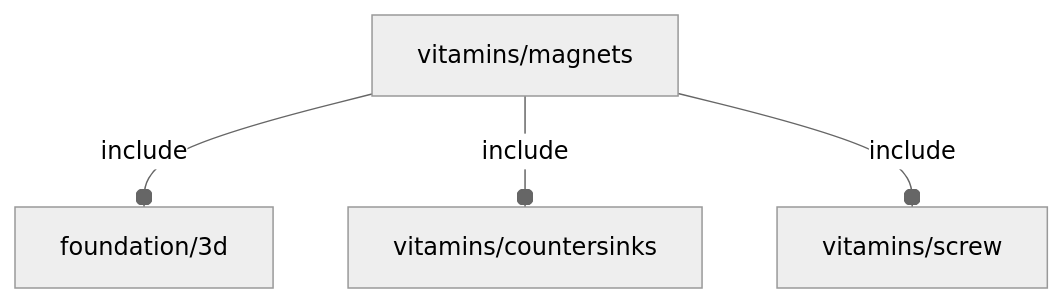
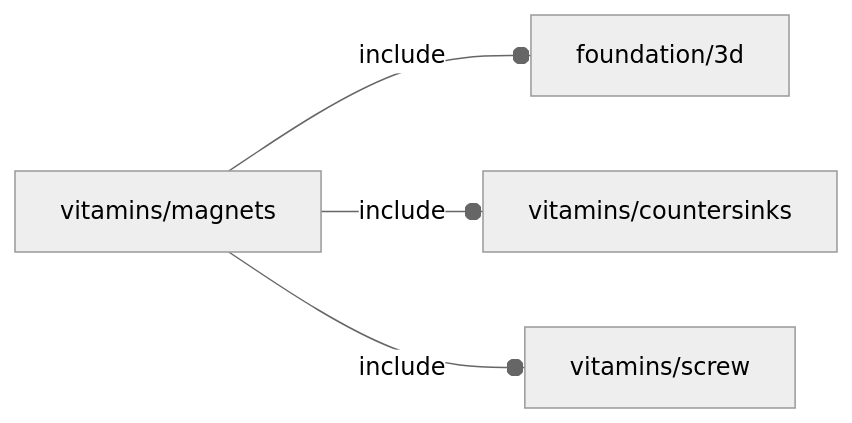
Before and after one commit to ggabbiani/OFL: the diagram in orthodocs/vitamins/magnets.md, drawn with Mermaid (neutral theme). The commit also changed other lines of this file and 36 other files, not shown here.

````diff
--- a/orthodocs/vitamins/magnets.md
+++ b/orthodocs/vitamins/magnets.md
@@ -6,6 +6,6 @@
 ```mermaid
-graph TD
+graph LR
     A1[vitamins/magnets] --o|include| A2[foundation/3d]
     A1 --o|include| A3[vitamins/countersinks]
     A1 --o|include| A4[vitamins/screw]
 ```
````
